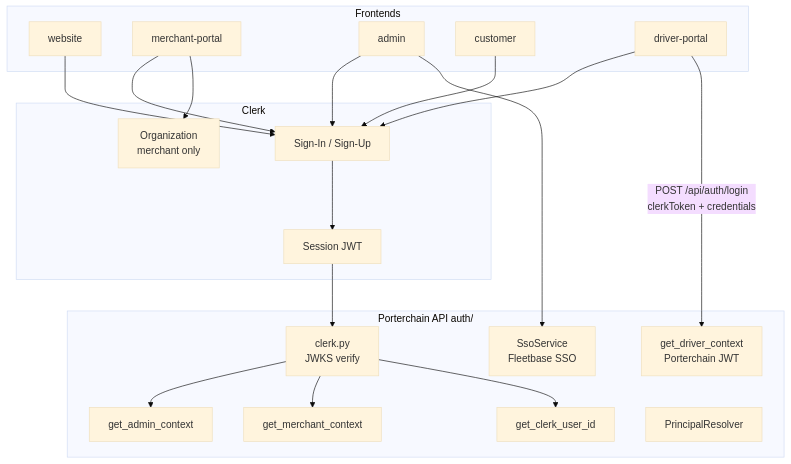
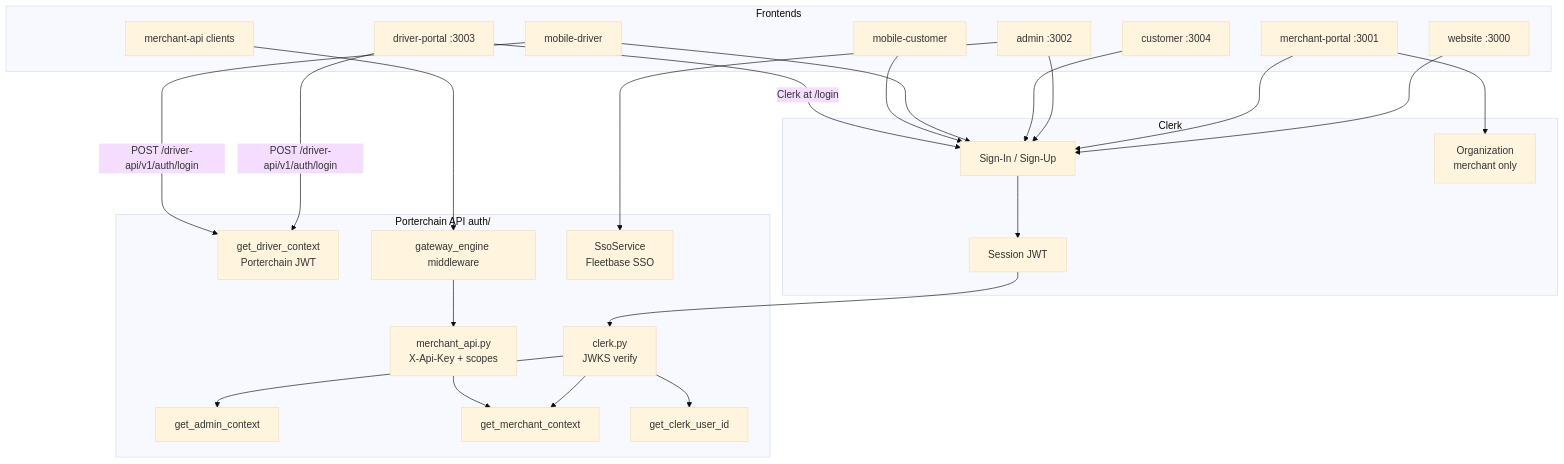
Before and after one commit to PORTERCHAIN-INC/PCD: the diagram in docs/architecture/AUTHENTICATION_FLOW.md, drawn with Mermaid (base theme). The commit also changed other lines of this file and 453 other files, not shown here.

````diff
--- a/docs/architecture/AUTHENTICATION_FLOW.md
+++ b/docs/architecture/AUTHENTICATION_FLOW.md
@@ -42,34 +92,40 @@
 ```mermaid
 flowchart TB
   subgraph Apps["Frontends"]
-    WEB[website]
-    MERCH[merchant-portal]
-    ADMIN[admin]
-    CUST[customer]
-    DRV[driver-portal]
+    WEB[website :3000]
+    MERCH[merchant-portal :3001]
+    ADMIN[admin :3002]
+    CUST[customer :3004]
+    DRV[driver-portal :3003]
+    MDRV[mobile-driver]
+    MCUST[mobile-customer]
+    MAPI[merchant-api clients]
   end
 
   subgraph Clerk["Clerk"]
     SIGN[Sign-In / Sign-Up]
     JWT[Session JWT]
     ORG[Organization<br/>merchant only]
   end
 
   subgraph API["Porterchain API auth/"]
     CLERK_MOD[clerk.py<br/>JWKS verify]
     ADMIN_CTX[get_admin_context]
     MERCH_CTX[get_merchant_context]
     CUST_ID[get_clerk_user_id]
     DRV_CTX[get_driver_context<br/>Porterchain JWT]
-    PRINC[PrincipalResolver]
+    APIKEY[merchant_api.py<br/>X-Api-Key + scopes]
+    GW[gateway_engine middleware]
     SSO[SsoService<br/>Fleetbase SSO]
   end
 
-  WEB & MERCH & ADMIN & CUST & DRV --> SIGN
+  WEB & MERCH & ADMIN & CUST & MDRV & MCUST --> SIGN
+  DRV -->|"Clerk at /login"| SIGN
   SIGN --> JWT
   MERCH --> ORG
   JWT --> CLERK_MOD
   CLERK_MOD --> ADMIN_CTX & MERCH_CTX & CUST_ID
-  DRV -->|"POST /api/auth/login<br/>clerkToken + credentials"| DRV_CTX
+  DRV & MDRV -->|"POST /driver-api/v1/auth/login"| DRV_CTX
+  MAPI --> GW --> APIKEY --> MERCH_CTX
   ADMIN --> SSO
 ```
````
